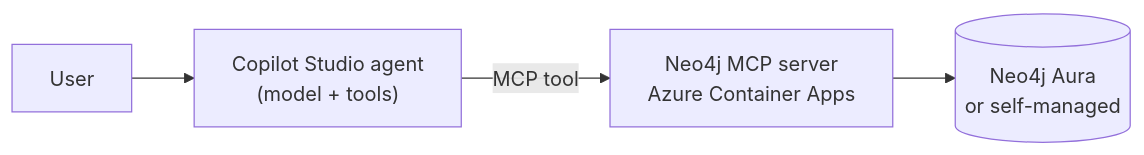
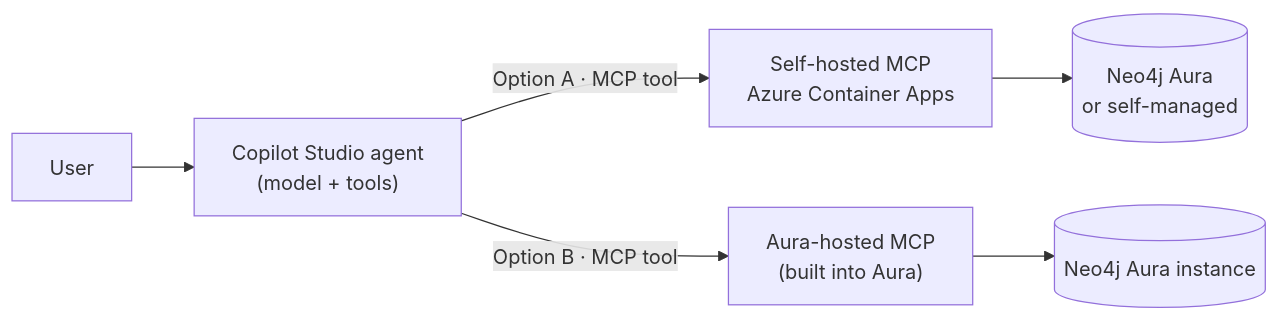
The diagram in microsoft-copilot-studio/README.md (jacobdasuqi-neo4j/neo4j-agent-integrations-c360), drawn with Mermaid before and after one commit. The commit also changed other lines of this file and 2 other files, not shown here.

First line of the commit message:
microsoft-copilot-studio: add Aura-hosted MCP option, streamline guide

````diff
--- a/microsoft-copilot-studio/README.md
+++ b/microsoft-copilot-studio/README.md
@@ -12,6 +12,8 @@
 ```mermaid
 flowchart LR
     user["User"] --> agent["Copilot Studio agent<br/>(model + tools)"]
-    agent -->|MCP tool| mcp["Neo4j MCP server<br/>Azure Container Apps"]
-    mcp --> neo4j[("Neo4j Aura<br/>or self-managed")]
+    agent -->|"Option A · MCP tool"| self["Self-hosted MCP<br/>Azure Container Apps"]
+    agent -->|"Option B · MCP tool"| aura["Aura-hosted MCP<br/>(built into Aura)"]
+    self --> neo4j[("Neo4j Aura<br/>or self-managed")]
+    aura --> auradb[("Neo4j Aura instance")]
 ```
````
